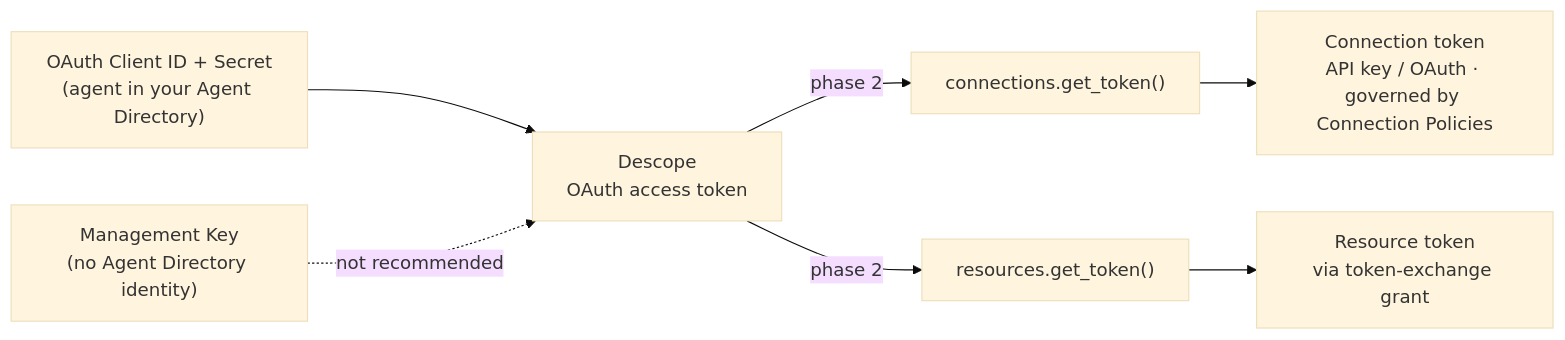
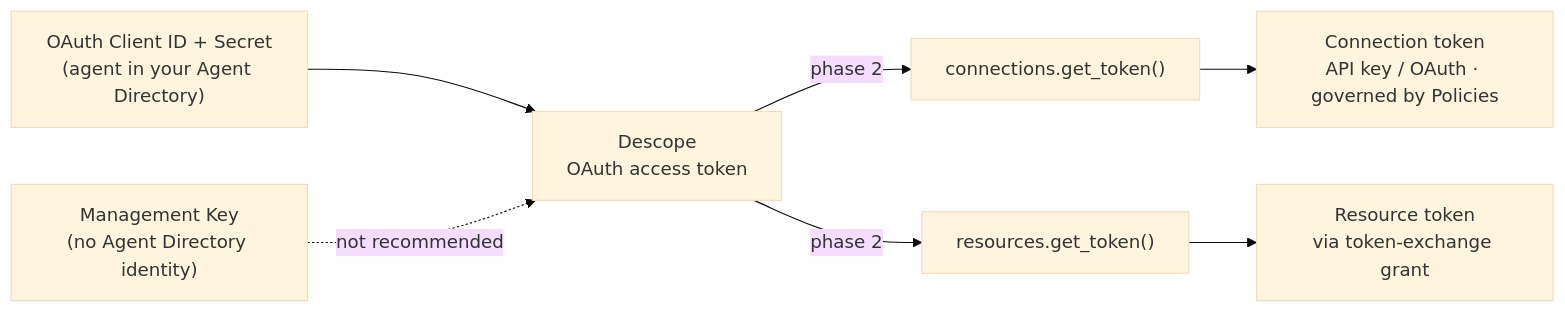
The second of 4 diagrams in README.md (descope/descope-agent-auth), drawn with Mermaid (base theme) before and after one commit. The commit also changed other lines of this file and 16 other files, not shown here.

First line of the commit message:
docs: simplify use-case diagram and use unified 'Policies' terminology

````diff
--- a/README.md
+++ b/README.md
@@ -123,11 +121,11 @@
 ```mermaid
 flowchart LR
     CID["OAuth Client ID + Secret<br/>(agent in your Agent Directory)"] --> Tok["Descope<br/>OAuth access token"]
     MK["Management Key<br/>(no Agent Directory identity)"] -. "not recommended" .-> Tok
 
     Tok -->|"phase 2"| Conn["connections.get_token()"]
     Tok -->|"phase 2"| ResM["resources.get_token()"]
 
-    Conn --> CTok["Connection token<br/>API key / OAuth · governed by Connection Policies"]
+    Conn --> CTok["Connection token<br/>API key / OAuth · governed by Policies"]
     ResM --> RTok["Resource token<br/>via token-exchange grant"]
 ```
````
